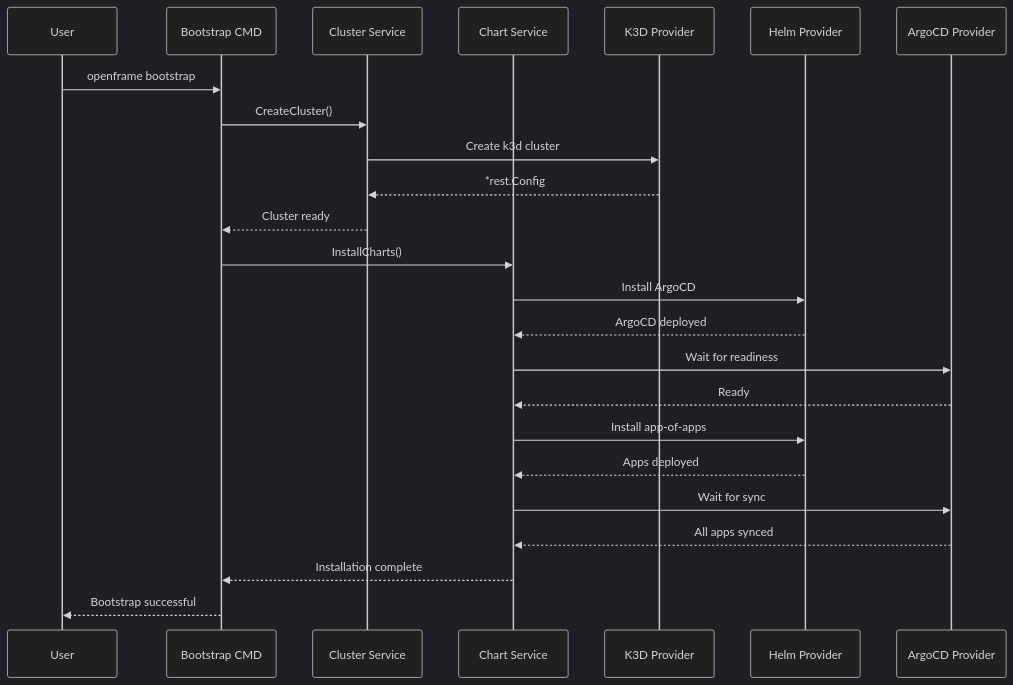
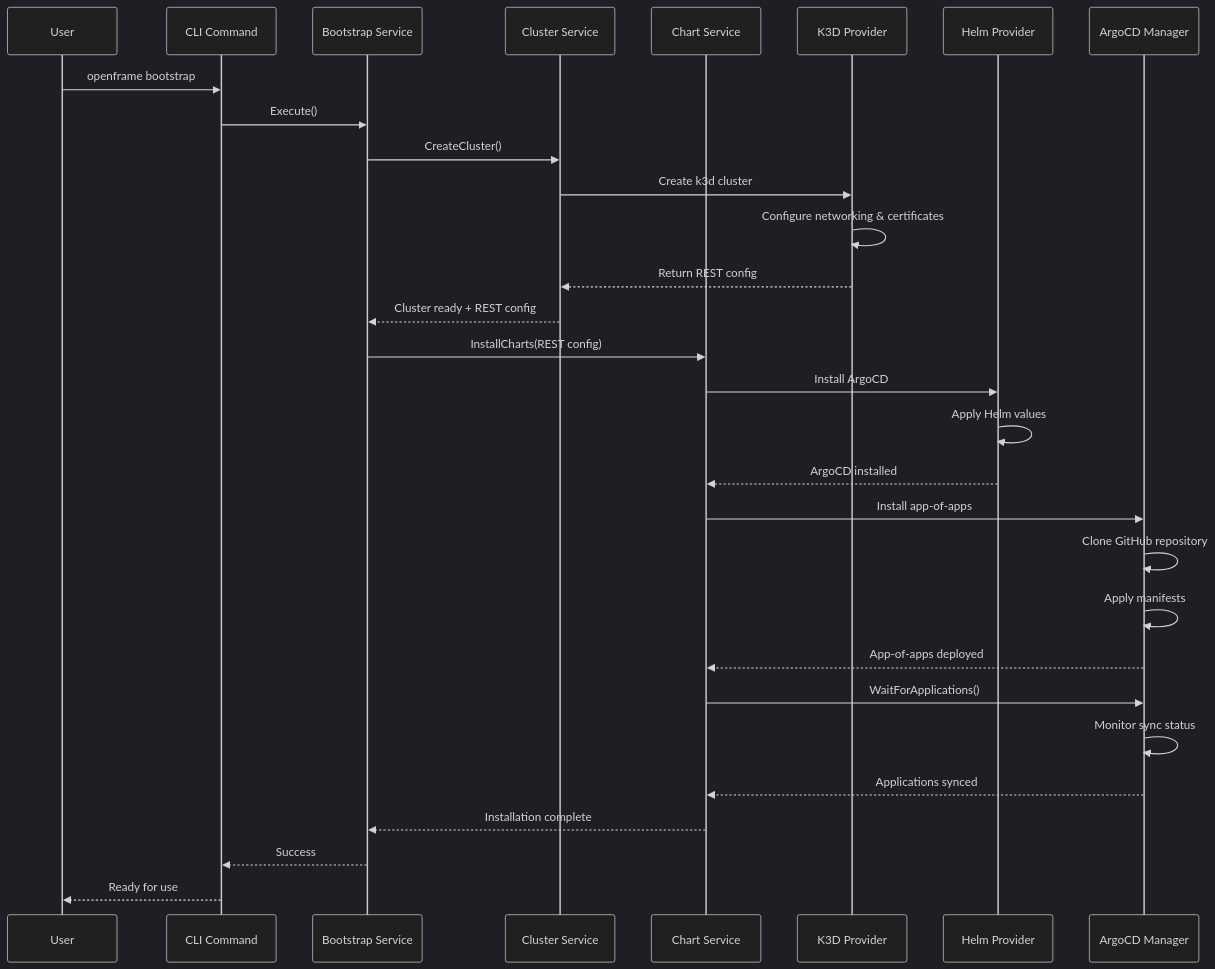
The third of 3 diagrams in docs/architecture/overview.md (Praesto-Pro/openframe-cli), drawn with Mermaid (dark theme) before and after one commit. The commit also changed other lines of this file and 22 other files, not shown here.

````diff
--- a/docs/architecture/overview.md
+++ b/docs/architecture/overview.md
@@ -113,28 +95,38 @@
 ```mermaid
 sequenceDiagram
-    participant U as User
-    participant CLI as Bootstrap CMD
-    participant CS as Cluster Service
-    participant ChS as Chart Service
+    participant User
+    participant CLI as CLI Command
+    participant Bootstrap as Bootstrap Service
+    participant Cluster as Cluster Service
+    participant Chart as Chart Service
     participant K3D as K3D Provider
     participant Helm as Helm Provider
-    participant ArgoCD as ArgoCD Provider
+    participant ArgoCD as ArgoCD Manager
     
-    U->>CLI: openframe bootstrap
-    CLI->>CS: CreateCluster()
-    CS->>K3D: Create k3d cluster
-    K3D-->>CS: *rest.Config
-    CS-->>CLI: Cluster ready
+    User->>CLI: openframe bootstrap
+    CLI->>Bootstrap: Execute()
     
-    CLI->>ChS: InstallCharts()
-    ChS->>Helm: Install ArgoCD
-    Helm-->>ChS: ArgoCD deployed
-    ChS->>ArgoCD: Wait for readiness
-    ArgoCD-->>ChS: Ready
-    ChS->>Helm: Install app-of-apps
-    Helm-->>ChS: Apps deployed
-    ChS->>ArgoCD: Wait for sync
-    ArgoCD-->>ChS: All apps synced
-    ChS-->>CLI: Installation complete
-    CLI-->>U: Bootstrap successful
+    Bootstrap->>Cluster: CreateCluster()
+    Cluster->>K3D: Create k3d cluster
+    K3D->>K3D: Configure networking & certificates
+    K3D-->>Cluster: Return REST config
+    Cluster-->>Bootstrap: Cluster ready + REST config
+    
+    Bootstrap->>Chart: InstallCharts(REST config)
+    Chart->>Helm: Install ArgoCD
+    Helm->>Helm: Apply Helm values
+    Helm-->>Chart: ArgoCD installed
+    
+    Chart->>ArgoCD: Install app-of-apps
+    ArgoCD->>ArgoCD: Clone GitHub repository
+    ArgoCD->>ArgoCD: Apply manifests
+    ArgoCD-->>Chart: App-of-apps deployed
+    
+    Chart->>ArgoCD: WaitForApplications()
+    ArgoCD->>ArgoCD: Monitor sync status
+    ArgoCD-->>Chart: Applications synced
+    
+    Chart-->>Bootstrap: Installation complete
+    Bootstrap-->>CLI: Success
+    CLI-->>User: Ready for use
 ```
````
